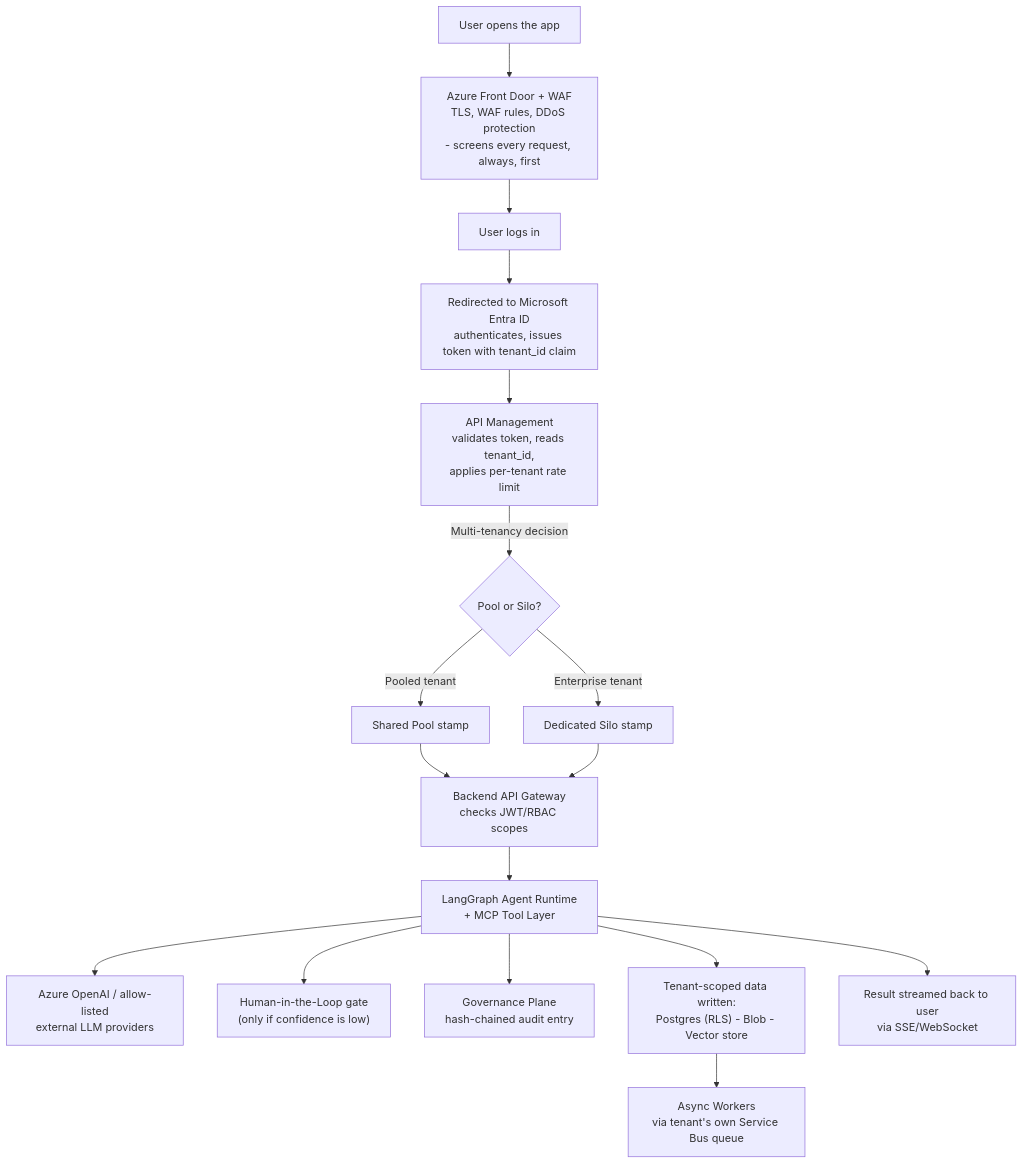
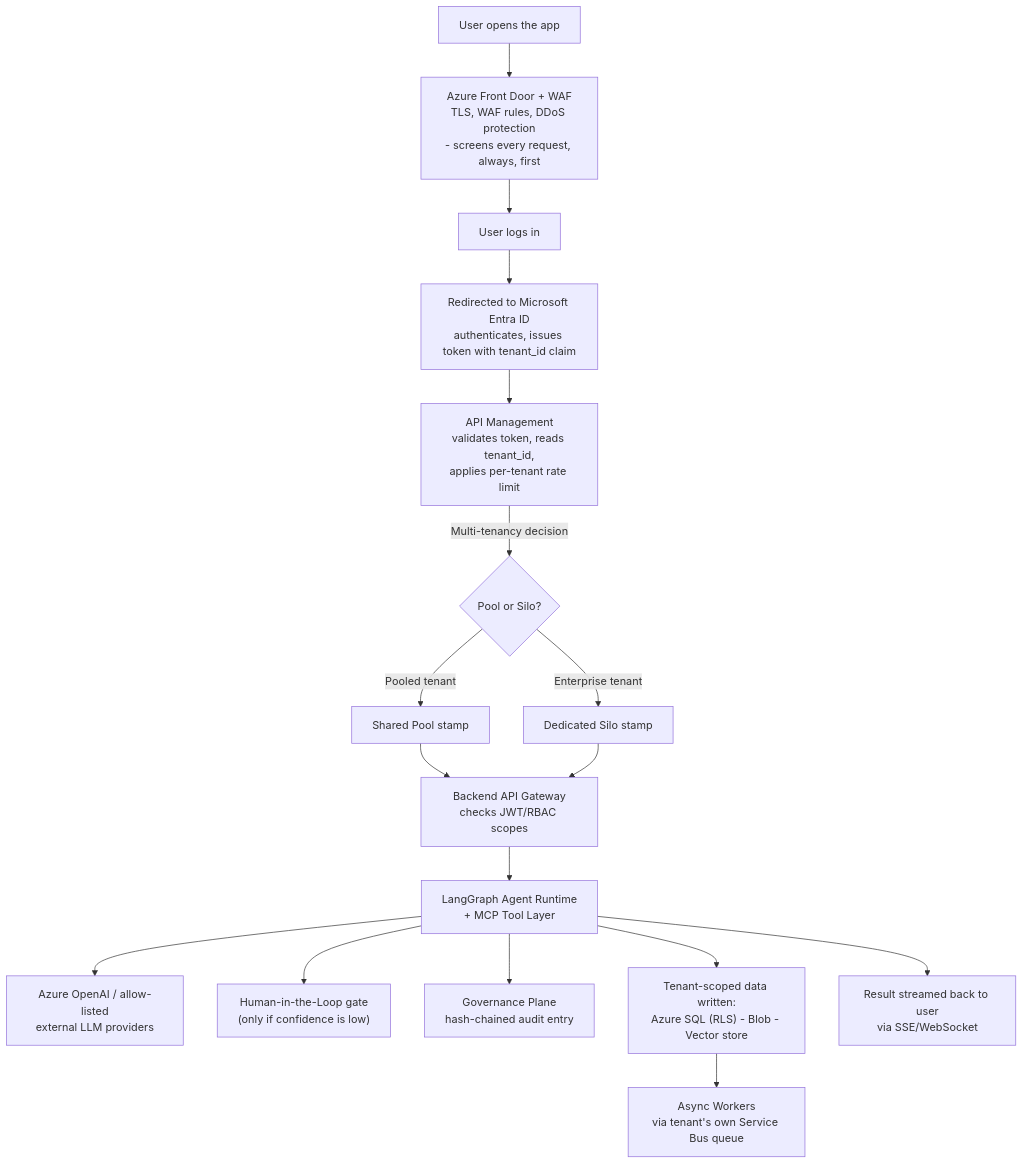
Before and after one commit to shaleen-wonder-ent/agentic-ai-saas-architecture: the sixth of 6 diagrams in docs/07-multitenancy-explained.md, drawn with Mermaid. The commit also changed other lines of this file and 7 other files, not shown here.

Commit message:
architecturial changes

````diff
--- a/docs/07-multitenancy-explained.md
+++ b/docs/07-multitenancy-explained.md
@@ -219,19 +219,19 @@
 ```mermaid
 flowchart TD
     A["User opens the app"] --> AFD["Azure Front Door + WAF<br/>TLS, WAF rules, DDoS protection<br/>- screens every request, always, first"]
     AFD --> B["User logs in"]
     B --> C["Redirected to Microsoft Entra ID<br/>authenticates, issues token with tenant_id claim"]
     C --> E["API Management<br/>validates token, reads tenant_id,<br/>applies per-tenant rate limit"]
     E -->|"Multi-tenancy decision"| F{"Pool or Silo?"}
     F -->|"Pooled tenant"| G["Shared Pool stamp"]
     F -->|"Enterprise tenant"| H["Dedicated Silo stamp"]
     G --> I["Backend API Gateway<br/>checks JWT/RBAC scopes"]
     H --> I
     I --> J["LangGraph Agent Runtime<br/>+ MCP Tool Layer"]
     J --> K["Azure OpenAI / allow-listed<br/>external LLM providers"]
     J --> L["Human-in-the-Loop gate<br/>(only if confidence is low)"]
     J --> M["Governance Plane<br/>hash-chained audit entry"]
-    J --> N["Tenant-scoped data written:<br/>Postgres (RLS) - Blob - Vector store"]
+    J --> N["Tenant-scoped data written:<br/>Azure SQL (RLS) - Blob - Vector store"]
     N --> O["Async Workers<br/>via tenant's own Service Bus queue"]
     J --> P["Result streamed back to user<br/>via SSE/WebSocket"]
 ```
````
